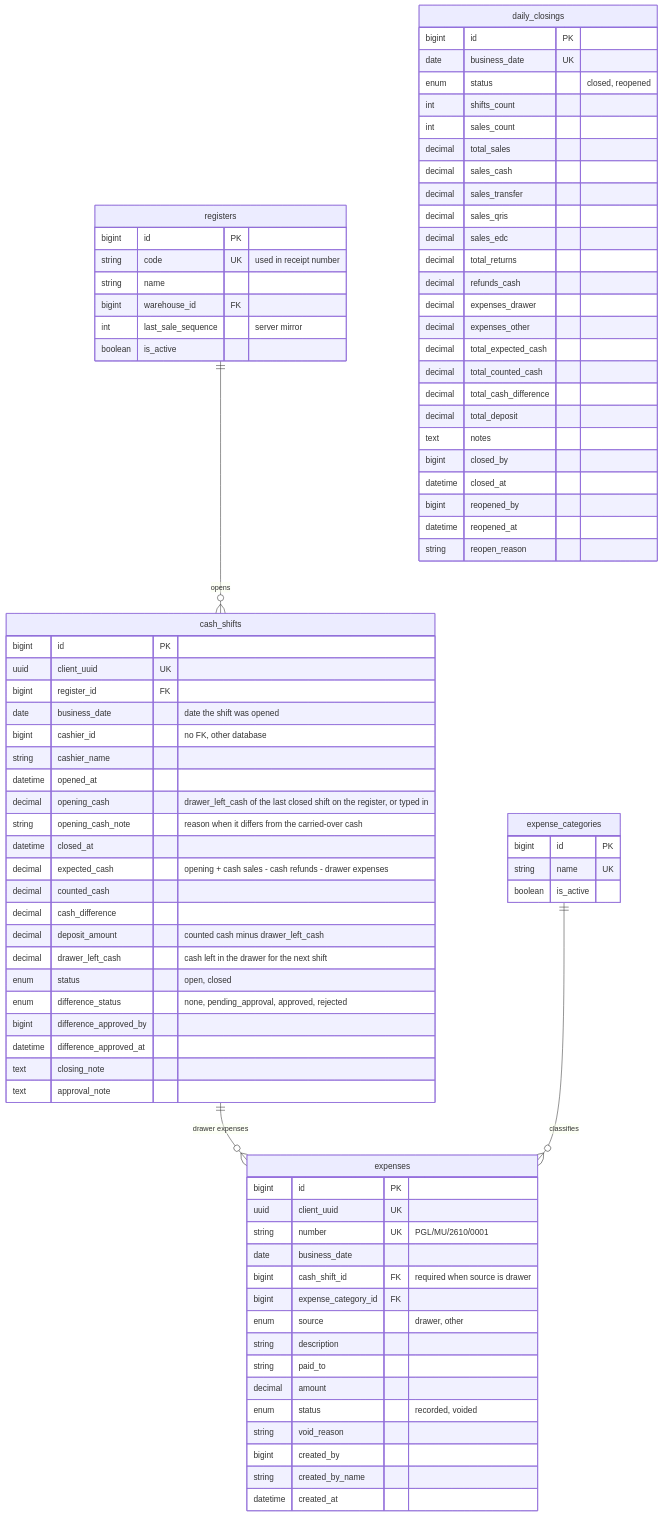
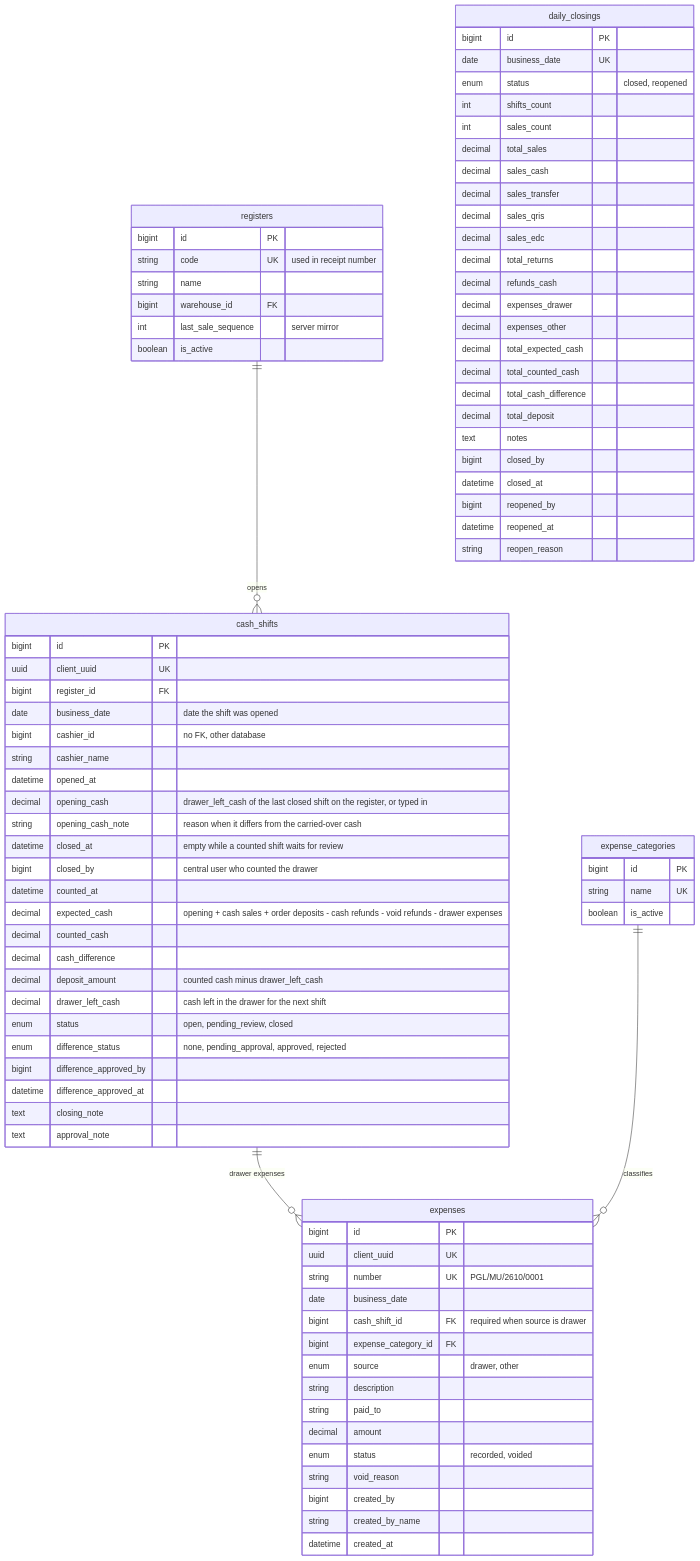
Before and after one commit to aliefpraditya/store-management: diagram 29 of 30 in docs/analisis-sistem.md, drawn with Mermaid. The commit also changed other lines of this file and 39 other files, not shown here.

```diff
--- a/docs/analisis-sistem.md
+++ b/docs/analisis-sistem.md
@@ -1533,13 +1533,15 @@
         datetime opened_at
         decimal opening_cash "drawer_left_cash of the last closed shift on the register, or typed in"
         string opening_cash_note "reason when it differs from the carried-over cash"
-        datetime closed_at
-        decimal expected_cash "opening + cash sales - cash refunds - drawer expenses"
+        datetime closed_at "empty while a counted shift waits for review"
+        bigint closed_by "central user who counted the drawer"
+        datetime counted_at
+        decimal expected_cash "opening + cash sales + order deposits - cash refunds - void refunds - drawer expenses"
         decimal counted_cash
         decimal cash_difference
         decimal deposit_amount "counted cash minus drawer_left_cash"
         decimal drawer_left_cash "cash left in the drawer for the next shift"
-        enum status "open, closed"
+        enum status "open, pending_review, closed"
         enum difference_status "none, pending_approval, approved, rejected"
         bigint difference_approved_by
         datetime difference_approved_at
```
